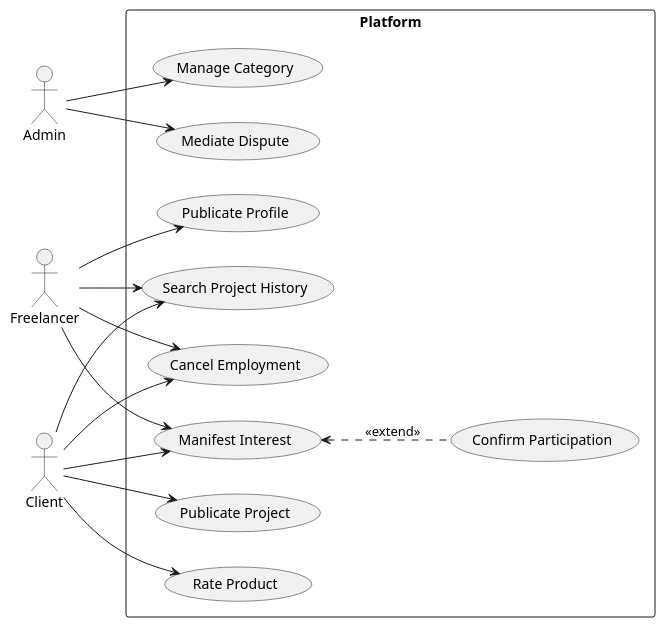
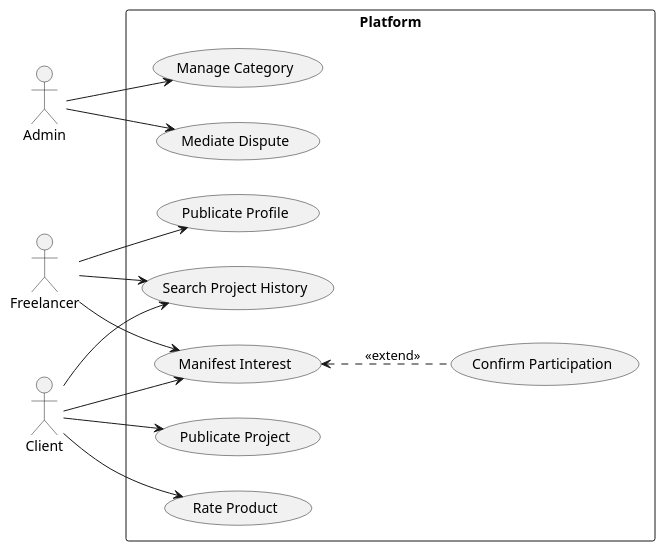
The diagram in docs/usecases.puml (Pesagniya/privatevoid), drawn with PlantUML before and after one commit.

```diff
--- a/docs/usecases.puml
+++ b/docs/usecases.puml
@@ -1,38 +1,35 @@
 @startuml
 left to right direction
 skinparam packageStyle rectangle
 
 actor Admin as admin
 actor Freelancer as freelancer
 actor Client as client
 
 rectangle "Platform" {
     usecase "Manage Category" as manageCategory
     usecase "Mediate Dispute" as mediateDispute
     
     usecase "Publicate Profile" as publicateProfile
     usecase "Search Project History" as searchProjectHistory
-    usecase "Cancel Employment" as cancelEmployment
     usecase "Manifest Interest" as manifestInterest
     usecase "Confirm Participation" as confirmParticipation
     
     usecase "Publicate Project" as publicateProject
     usecase "Rate Product" as rateProduct
     
     manifestInterest <.. confirmParticipation : <<extend>>
     
     admin --> manageCategory
     admin --> mediateDispute
     
     freelancer --> publicateProfile
     freelancer --> searchProjectHistory
-    freelancer --> cancelEmployment
     freelancer --> manifestInterest
     
     client --> searchProjectHistory
-    client --> cancelEmployment
     client --> manifestInterest
     client --> publicateProject
     client --> rateProduct
 }
 @enduml
```
